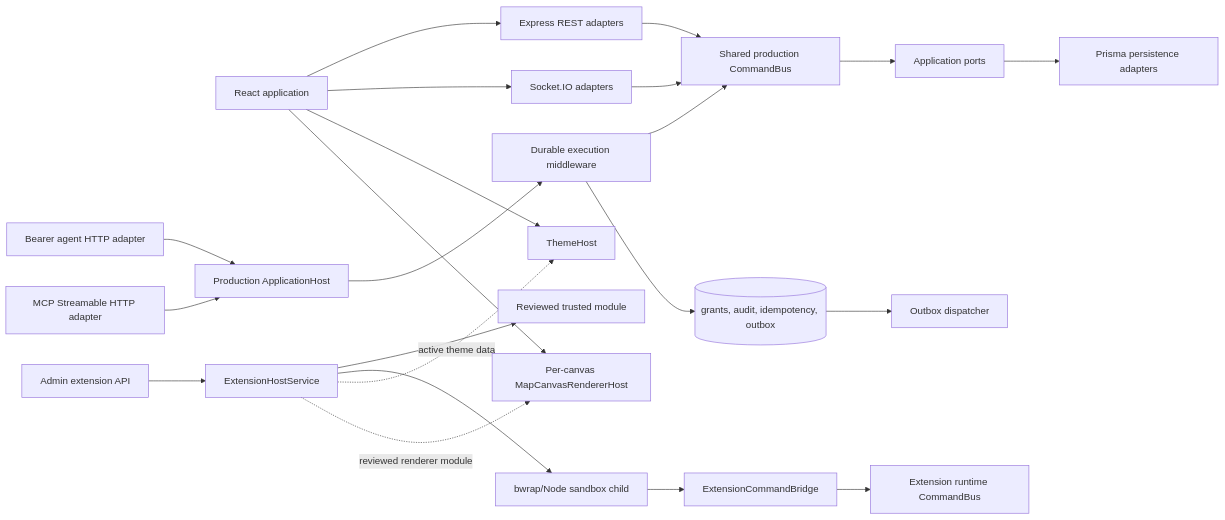
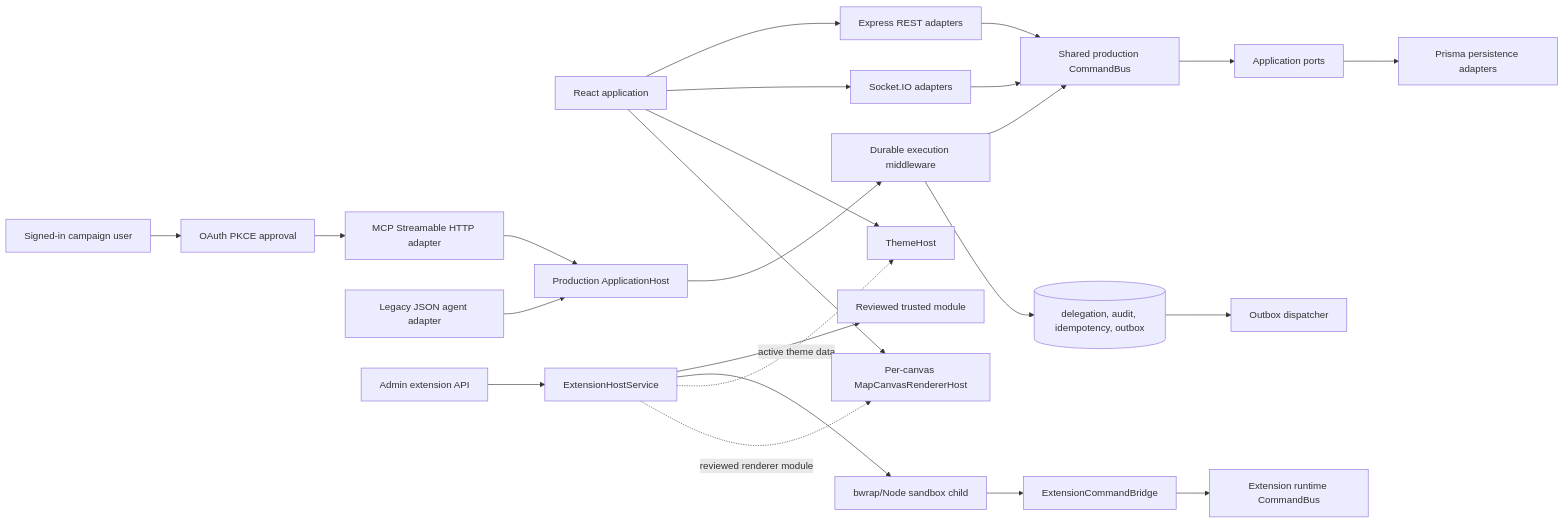
The diagram in docs/ARCHITECTURE_MIGRATION.md (ShamanicArts/CozyVTT), drawn with Mermaid before and after one commit. The commit also changed other lines of this file and 53 other files, not shown here.

````diff
--- a/docs/ARCHITECTURE_MIGRATION.md
+++ b/docs/ARCHITECTURE_MIGRATION.md
@@ -16,28 +16,30 @@
 ```mermaid
 flowchart LR
   Browser[React application] --> Rest[Express REST adapters]
   Browser --> Socket[Socket.IO adapters]
   Rest --> Bus[Shared production CommandBus]
   Socket --> Bus
 
-  Agent[Bearer agent HTTP adapter] --> Host[Production ApplicationHost]
-  MCP[MCP Streamable HTTP adapter] --> Host
+  User[Signed-in campaign user] --> OAuth[OAuth PKCE approval]
+  OAuth --> MCP[MCP Streamable HTTP adapter]
+  Agent[Legacy JSON agent adapter] --> Host[Production ApplicationHost]
+  MCP --> Host
   Host --> Guard[Durable execution middleware]
   Guard --> Bus
 
   Admin[Admin extension API] --> ExtHost[ExtensionHostService]
   ExtHost --> Trusted[Reviewed trusted module]
   ExtHost --> Sandbox[bwrap/Node sandbox child]
   Sandbox --> ExtBridge[ExtensionCommandBridge]
   ExtBridge --> ExtBus[Extension runtime CommandBus]
 
   Bus --> Ports[Application ports]
   Ports --> Prisma[Prisma persistence adapters]
-  Guard --> Durable[(grants, audit, idempotency, outbox)]
+  Guard --> Durable[(delegation, audit, idempotency, outbox)]
   Durable --> Worker[Outbox dispatcher]
 
   Browser --> Theme[ThemeHost]
   Browser --> Renderer[Per-canvas MapCanvasRendererHost]
   ExtHost -. active theme data .-> Theme
   ExtHost -. reviewed renderer module .-> Renderer
 ```
````
